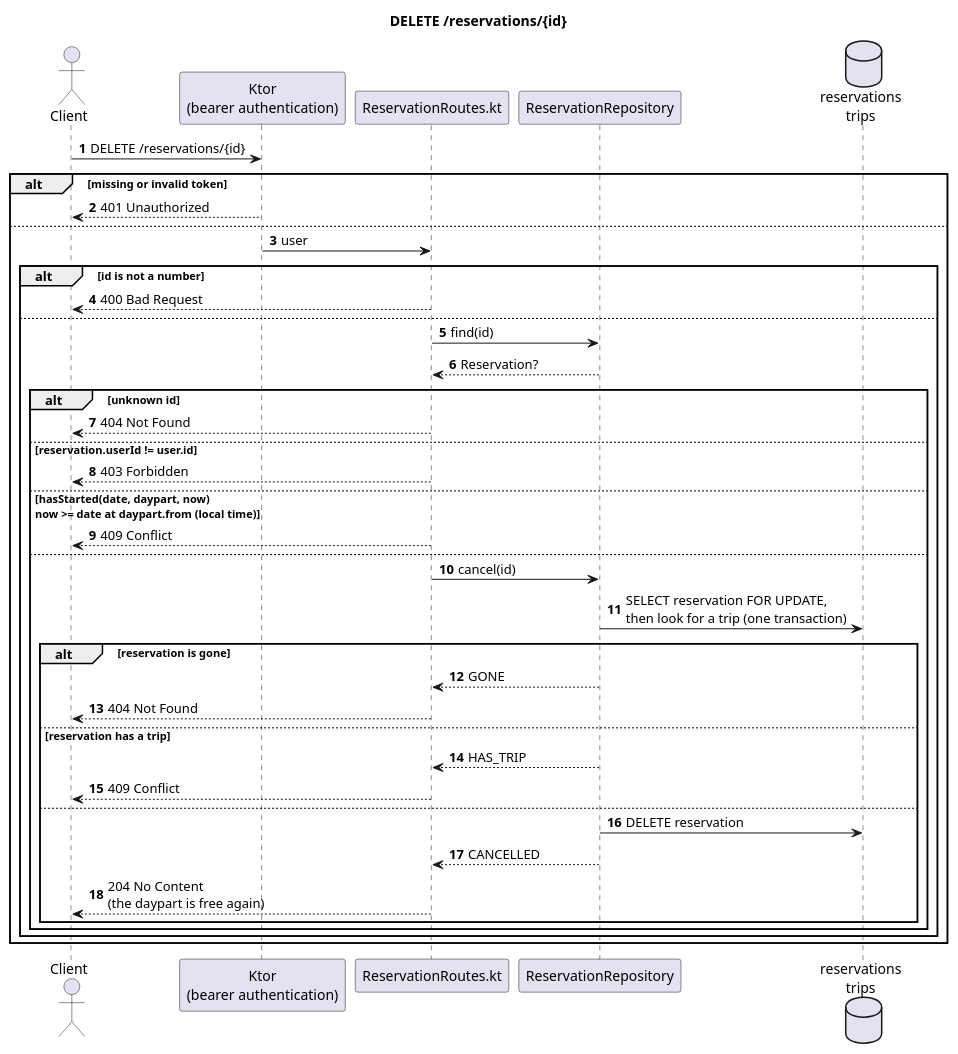
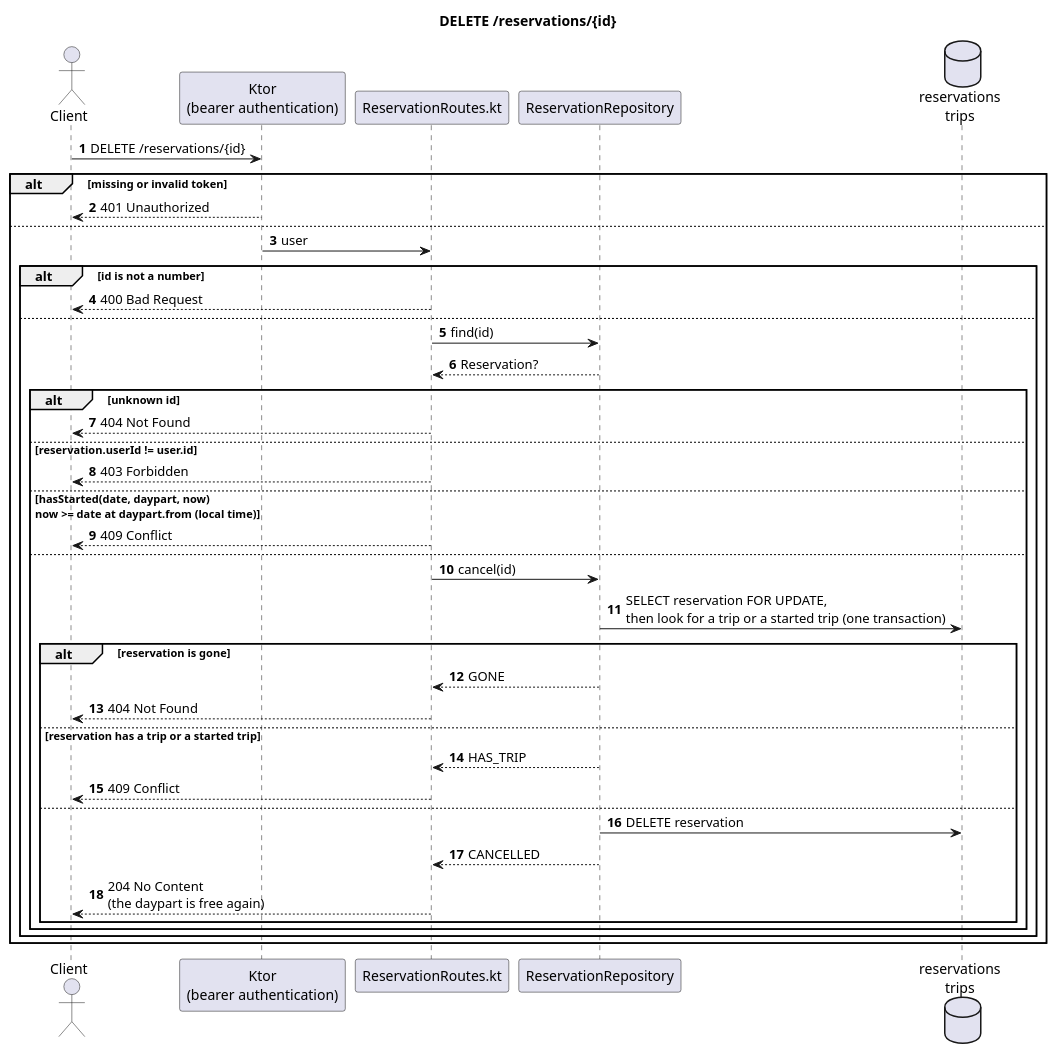
The diagram in docs/diagrams/sequence-cancel-reservation.puml (Rent-a-car-38291/rent-a-car), drawn with PlantUML before and after one commit. The commit also changed 14 other files, not shown here.

```diff
--- a/docs/diagrams/sequence-cancel-reservation.puml
+++ b/docs/diagrams/sequence-cancel-reservation.puml
@@ -1,45 +1,45 @@
 @startuml
 title DELETE /reservations/{id}
 autonumber
 
 actor Client
 participant "Ktor\n(bearer authentication)" as Auth
 participant "ReservationRoutes.kt" as Route
 participant "ReservationRepository" as Repo
 database "reservations\ntrips" as Db
 
 Client -> Auth : DELETE /reservations/{id}
 alt missing or invalid token
   Auth --> Client : 401 Unauthorized
 else
   Auth -> Route : user
   alt id is not a number
     Route --> Client : 400 Bad Request
   else
     Route -> Repo : find(id)
     Repo --> Route : Reservation?
     alt unknown id
       Route --> Client : 404 Not Found
     else reservation.userId != user.id
       Route --> Client : 403 Forbidden
     else hasStarted(date, daypart, now)\nnow >= date at daypart.from (local time)
       Route --> Client : 409 Conflict
     else
       Route -> Repo : cancel(id)
-      Repo -> Db : SELECT reservation FOR UPDATE,\nthen look for a trip (one transaction)
+      Repo -> Db : SELECT reservation FOR UPDATE,\nthen look for a trip or a started trip (one transaction)
       alt reservation is gone
         Repo --> Route : GONE
         Route --> Client : 404 Not Found
-      else reservation has a trip
+      else reservation has a trip or a started trip
         Repo --> Route : HAS_TRIP
         Route --> Client : 409 Conflict
       else
         Repo -> Db : DELETE reservation
         Repo --> Route : CANCELLED
         Route --> Client : 204 No Content\n(the daypart is free again)
       end
     end
   end
 end
 
 @enduml
```
